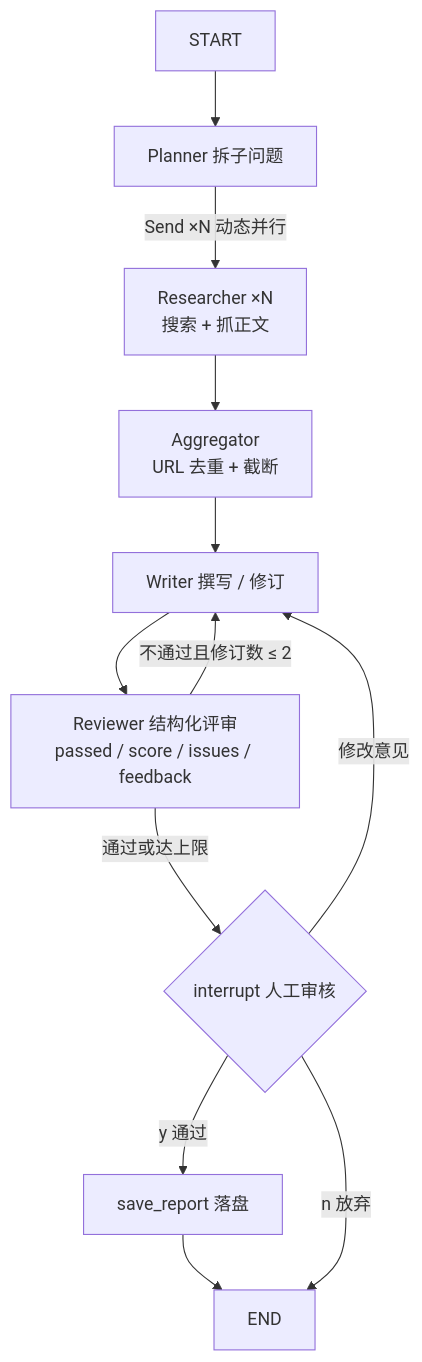
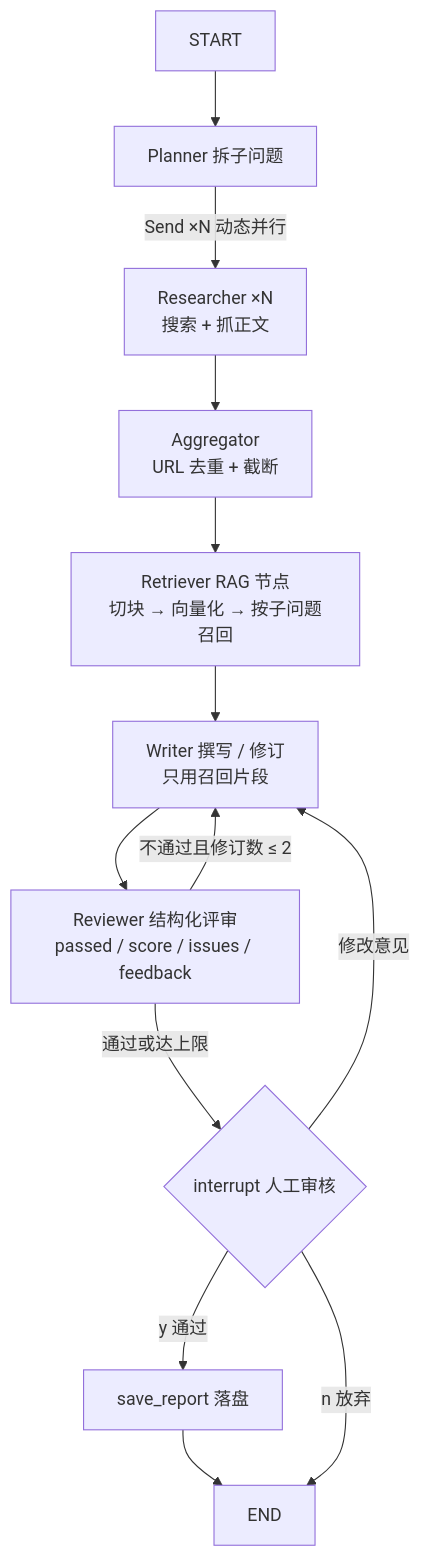
One commit to Lizq01/deep-research-agent changed the diagram in README.md. Above: the diagram before and after it, drawn with Mermaid. The commit also changed other lines of this file and 21 other files, not shown here.

````diff
--- a/README.md
+++ b/README.md
@@ -91,13 +108,14 @@
 ```mermaid
 flowchart TD
   START --> planner[Planner 拆子问题]
   planner -- "Send ×N 动态并行" --> researcher[Researcher ×N<br/>搜索 + 抓正文]
   researcher --> aggregator[Aggregator<br/>URL 去重 + 截断]
-  aggregator --> writer[Writer 撰写 / 修订]
+  aggregator --> retriever[Retriever RAG 节点<br/>切块 → 向量化 → 按子问题召回]
+  retriever --> writer[Writer 撰写 / 修订<br/>只用召回片段]
   writer --> reviewer[Reviewer 结构化评审<br/>passed / score / issues / feedback]
   reviewer -->|不通过且修订数 ≤ 2| writer
   reviewer -->|通过或达上限| human{interrupt 人工审核}
   human -->|y 通过| save[save_report 落盘] --> END
   human -->|修改意见| writer
   human -->|n 放弃| END
 ```
````
